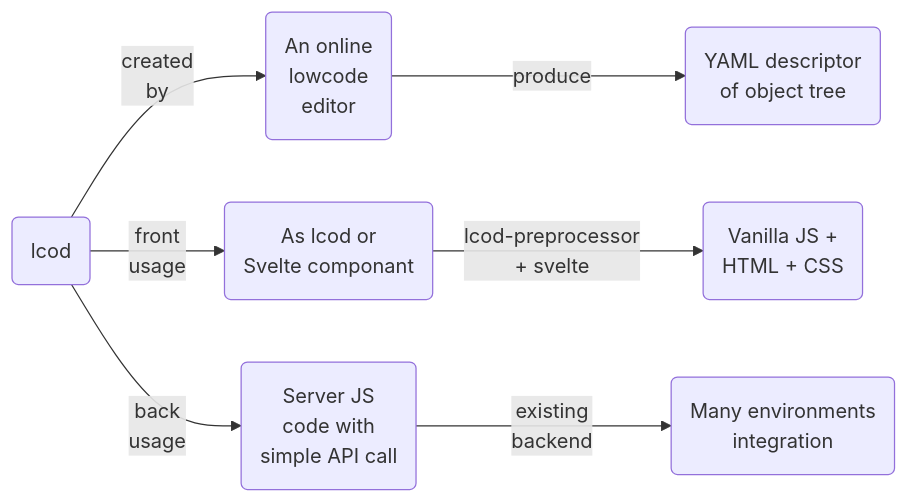
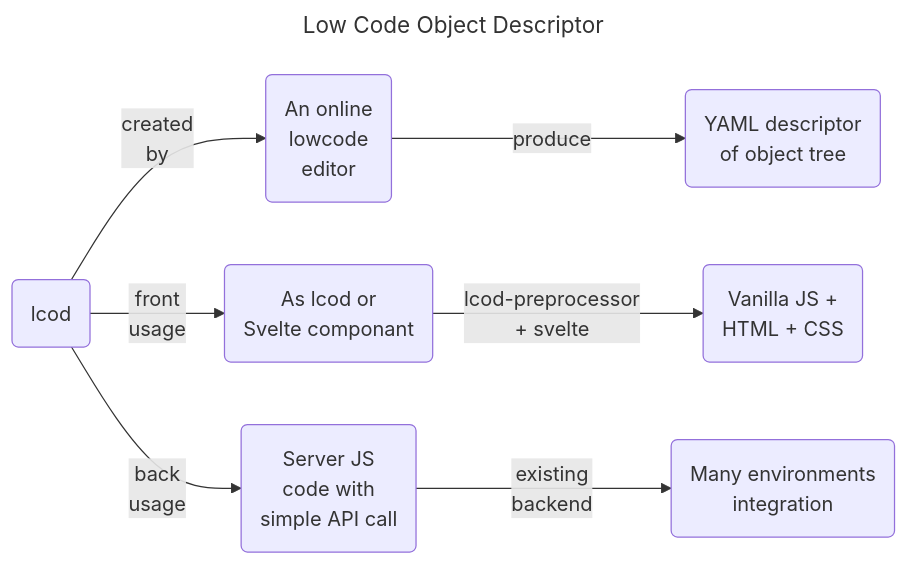
The diagram in README.md (lcod-team/.github), drawn with Mermaid before and after one commit.

Commit message:
Update README.md
add title

````diff
--- a/README.md
+++ b/README.md
@@ -4,12 +4,12 @@
 ```mermaid
 ---
-Low Code Object Descriptor
+title: Low Code Object Descriptor
 ---
 flowchart LR
     A(lcod) -->|created\nby| B(An online\nlowcode\neditor)
     B -->|produce| B2(YAML descriptor\nof object tree)
     A --> |front\nusage| C(As lcod or\nSvelte componant)
     C --> |lcod-preprocessor\n+ svelte| C2(Vanilla JS +\nHTML + CSS)
     A --> |back\nusage| D(Server JS\ncode with\nsimple API call)
     D --> |existing\nbackend| D2(Many environments\nintegration)
 ```
````
